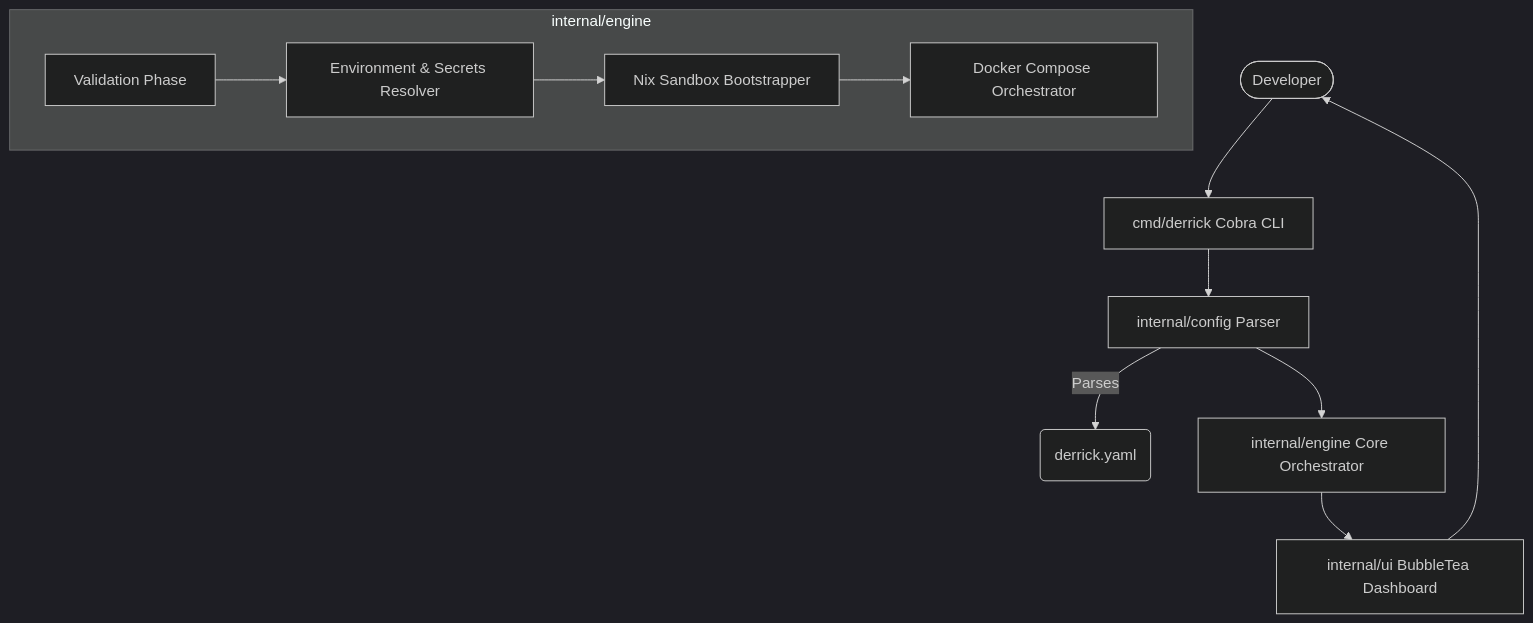
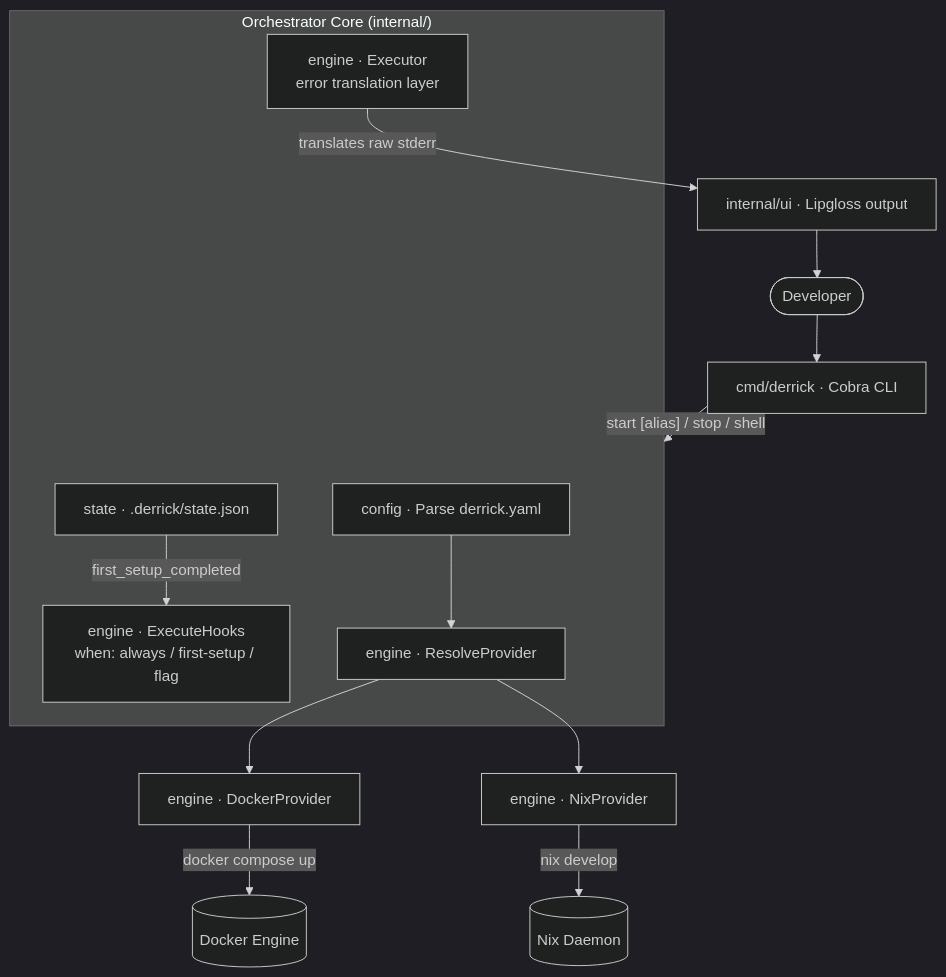
One commit to Salv4d/derrick changed the first of 2 diagrams in website/docs/architecture.md. Above: the diagram before and after it, drawn with Mermaid (dark theme). The commit also changed other lines of this file and 3 other files, not shown here.

First line of the commit message:
docs: rewrite documentation to reflect new architecture

````diff
--- a/website/docs/architecture.md
+++ b/website/docs/architecture.md
@@ -12,16 +12,24 @@
 ```mermaid
 graph TD
-    User([Developer]) --> CLI[cmd/derrick Cobra CLI]
-    CLI --> ConfigParser[internal/config Parser]
-    ConfigParser -->|Parses| derrickYAML(derrick.yaml)
-    ConfigParser --> Engine[internal/engine Core Orchestrator]
-    
-    subgraph Engine Core [internal/engine]
-        Val[Validation Phase] --> Env[Environment & Secrets Resolver]
-        Env --> Nix[Nix Sandbox Bootstrapper]
-        Nix --> Docker[Docker Compose Orchestrator]
+    User([Developer]) --> CLI[cmd/derrick · Cobra CLI]
+    CLI -->|"start [alias] / stop / shell"| Orchestrator
+
+    subgraph Orchestrator ["Orchestrator Core (internal/)"]
+        ConfigParser[config · Parse derrick.yaml]
+        StateMgr[state · .derrick/state.json]
+        HookExec[engine · ExecuteHooks<br/>when: always / first-setup / flag]
+        ErrXlate[engine · Executor<br/>error translation layer]
+        Resolver[engine · ResolveProvider]
     end
-    
-    Engine --> UI[internal/ui BubbleTea Dashboard]
+
+    ConfigParser --> Resolver
+    Resolver --> DockerProvider[engine · DockerProvider]
+    Resolver --> NixProvider[engine · NixProvider]
+    StateMgr -->|first_setup_completed| HookExec
+
+    DockerProvider -->|docker compose up| Docker[(Docker Engine)]
+    NixProvider -->|nix develop| Nix[(Nix Daemon)]
+
+    ErrXlate -->|translates raw stderr| UI[internal/ui · Lipgloss output]
     UI --> User
 ```
````
